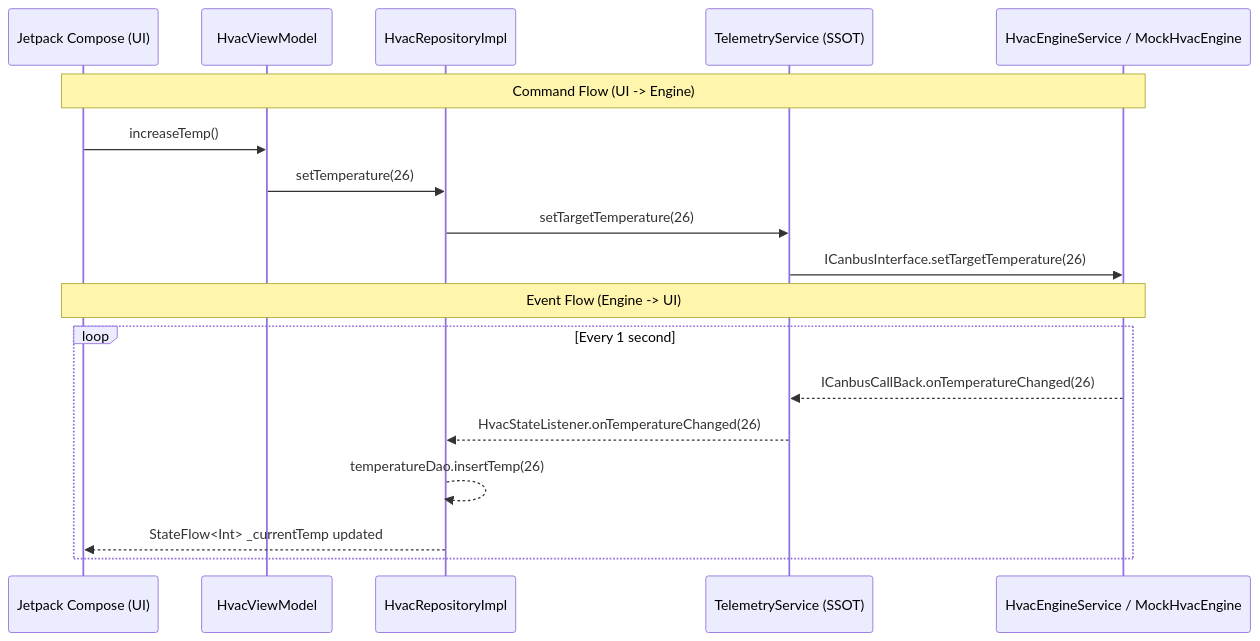
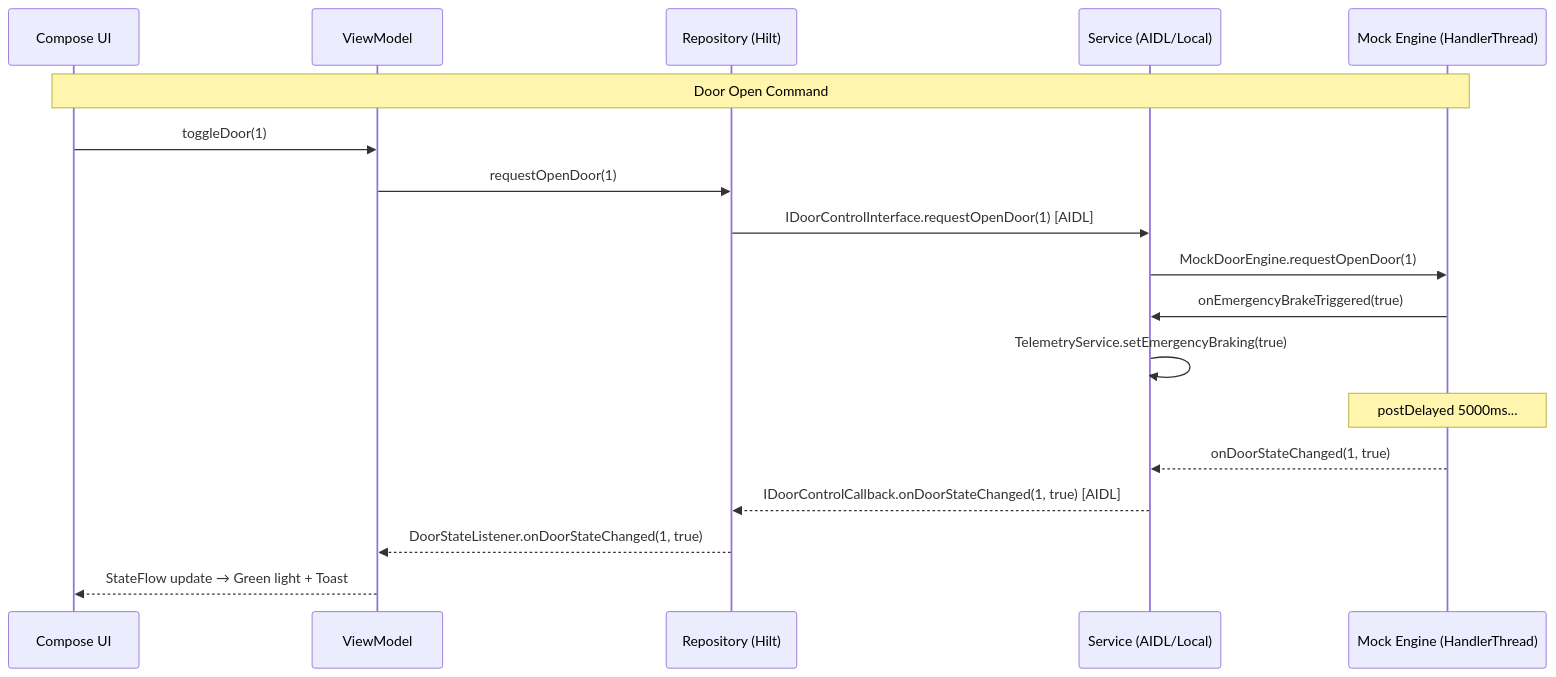
One commit to Dantruong3012/SmartVehicleTelemetryDashboard_Mobile changed the diagram in README.md. Above: the diagram before and after it, drawn with Mermaid. The commit also changed other lines of this file, not shown here.

Commit message:
docs: update README with full architecture, code samples and all 4 subsystems

````diff
--- a/README.md
+++ b/README.md
@@ -57,22 +397,21 @@
 ```mermaid
 sequenceDiagram
-    participant UI as Jetpack Compose (UI)
-    participant VM as HvacViewModel
-    participant Repo as HvacRepositoryImpl
-    participant SSOT as TelemetryService (SSOT)
-    participant Engine as HvacEngineService / MockHvacEngine
+    participant UI as Compose UI
+    participant VM as ViewModel
+    participant Repo as Repository (Hilt)
+    participant Svc as Service (AIDL/Local)
+    participant Eng as Mock Engine (HandlerThread)
 
-    Note over UI, Engine: Command Flow (UI -> Engine)
-    UI->>VM: increaseTemp()
-    VM->>Repo: setTemperature(26)
-    Repo->>SSOT: setTargetTemperature(26)
-    SSOT->>Engine: ICanbusInterface.setTargetTemperature(26)
-
-    Note over Engine, UI: Event Flow (Engine -> UI)
-    loop Every 1 second
-        Engine-->>SSOT: ICanbusCallBack.onTemperatureChanged(26)
-        SSOT-->>Repo: HvacStateListener.onTemperatureChanged(26)
-        Repo-->>Repo: temperatureDao.insertTemp(26)
-        Repo-->>UI: StateFlow<Int> _currentTemp updated
-    end
+    Note over UI, Eng: Door Open Command
+    UI->>VM: toggleDoor(1)
+    VM->>Repo: requestOpenDoor(1)
+    Repo->>Svc: IDoorControlInterface.requestOpenDoor(1) [AIDL]
+    Svc->>Eng: MockDoorEngine.requestOpenDoor(1)
+    Eng->>Svc: onEmergencyBrakeTriggered(true)
+    Svc->>Svc: TelemetryService.setEmergencyBraking(true)
+    Note over Eng: postDelayed 5000ms...
+    Eng-->>Svc: onDoorStateChanged(1, true)
+    Svc-->>Repo: IDoorControlCallback.onDoorStateChanged(1, true) [AIDL]
+    Repo-->>VM: DoorStateListener.onDoorStateChanged(1, true)
+    VM-->>UI: StateFlow update → Green light + Toast
 ```
````
